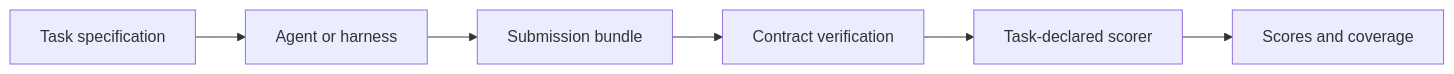
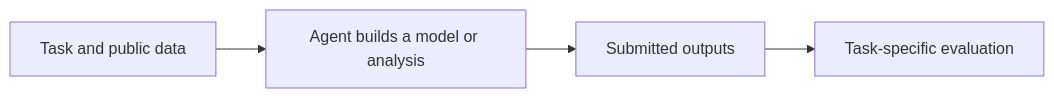
The diagram in README.md (NeuroAIHub/BrainPilotBench), drawn with Mermaid before and after one commit. The commit also changed other lines of this file, not shown here.

```diff
--- a/README.md
+++ b/README.md
@@ -262,8 +116,6 @@
 ~~~mermaid
 flowchart LR
-    A["Task specification"] --> B["Agent or harness"]
-    B --> C["Submission bundle"]
-    C --> D["Contract verification"]
-    D --> E["Task-declared scorer"]
-    E --> F["Scores and coverage"]
+    A["Task and public data"] --> B["Agent builds a model or analysis"]
+    B --> C["Submitted outputs"]
+    C --> D["Task-specific evaluation"]
 ~~~
```
